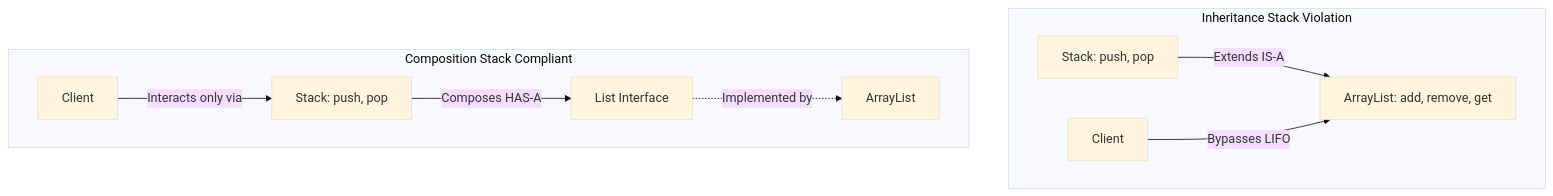
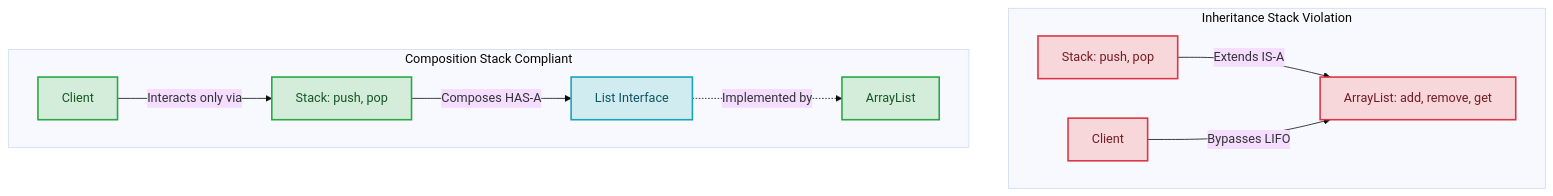
The diagram in src/pages/03-lld/design-principles/composition-vs-inheritance/index.mdx (akshay-k-r/Interview-Prep-Resource), drawn with Mermaid (base theme) before and after one commit. The commit also changed 29 other files, not shown here.

````diff
--- a/src/pages/03-lld/design-principles/composition-vs-inheritance/index.mdx
+++ b/src/pages/03-lld/design-principles/composition-vs-inheritance/index.mdx
@@ -31,14 +31,23 @@
 ```mermaid
 graph TD
     subgraph Inheritance Stack Violation
         ArrayList[ArrayList: add, remove, get]
         BadStack[Stack: push, pop] -->|Extends IS-A| ArrayList
         Client[Client] -->|Bypasses LIFO| ArrayList
     end
 
     subgraph Composition Stack Compliant
         BestStack[Stack: push, pop] -->|Composes HAS-A| ListContract[List Interface]
         ListContract -.->|Implemented by| ArrayList2[ArrayList]
         Client2[Client] -->|Interacts only via| BestStack
     end
+
+    %% Styles
+    classDef bad fill:#f8d7da,stroke:#dc3545,stroke-width:2px,color:#721c24;
+    classDef good fill:#d4edda,stroke:#28a745,stroke-width:2px,color:#155724;
+    classDef contract fill:#d1ecf1,stroke:#17a2b8,stroke-width:2px,color:#0c5460;
+
+    class ArrayList,BadStack,Client bad;
+    class BestStack,Client2,ArrayList2 good;
+    class ListContract contract;
 ```
````
